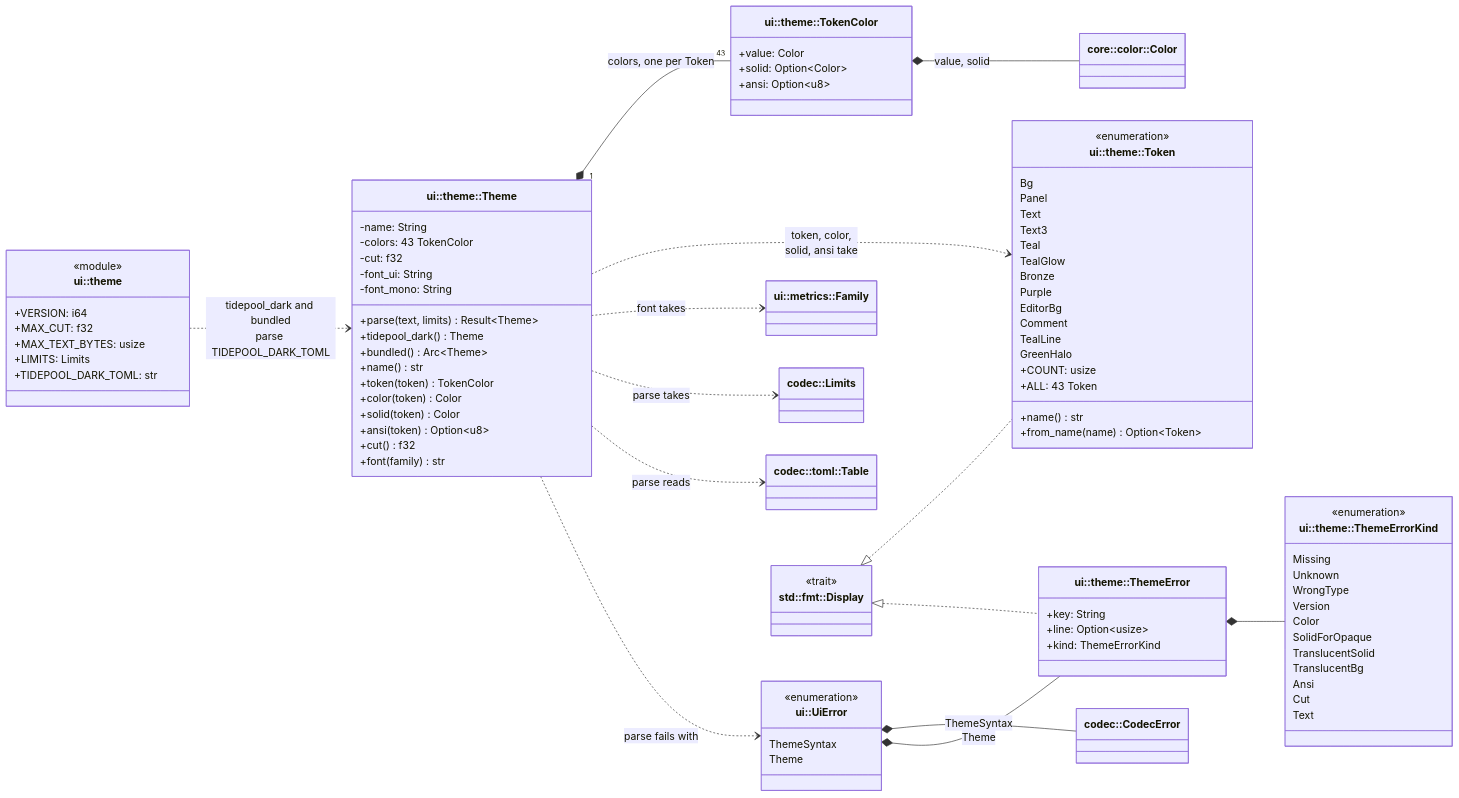
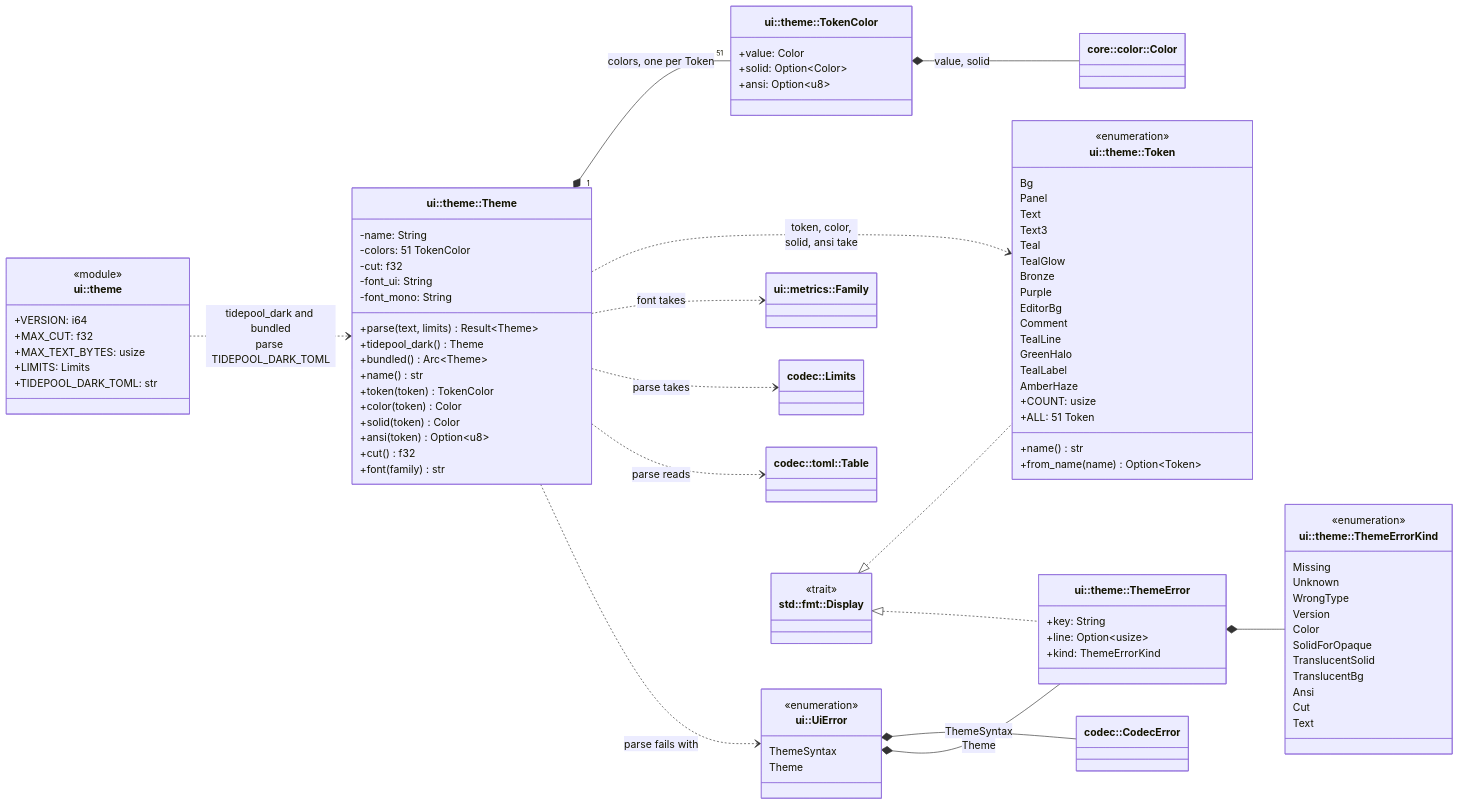
Before and after one commit to jabbott-iii/Tidepool: diagram 45 of 51 in diagrams/class-diagrams.md, drawn with Mermaid. The commit also changed other lines of this file and 36 other files, not shown here.

```diff
--- a/diagrams/class-diagrams.md
+++ b/diagrams/class-diagrams.md
@@ -4163,7 +4163,7 @@
     }
     class Theme["ui::theme::Theme"] {
         -name: String
-        -colors: 43 TokenColor
+        -colors: 51 TokenColor
         -cut: f32
         -font_ui: String
         -font_mono: String
@@ -4192,8 +4192,10 @@
         Comment
         TealLine
         GreenHalo
+        TealLabel
+        AmberHaze
         +COUNT: usize
-        +ALL: 43 Token
+        +ALL: 51 Token
         +name() str
         +from_name(name) Option~Token~
     }
@@ -4235,7 +4237,7 @@
         <<trait>>
     }
 
-    Theme "1" *-- "43" TokenColor : colors, one per Token
+    Theme "1" *-- "51" TokenColor : colors, one per Token
     TokenColor *-- Color : value, solid
     Theme ..> Token : token, color,<br/>solid, ansi take
     Theme ..> Family : font takes
```
